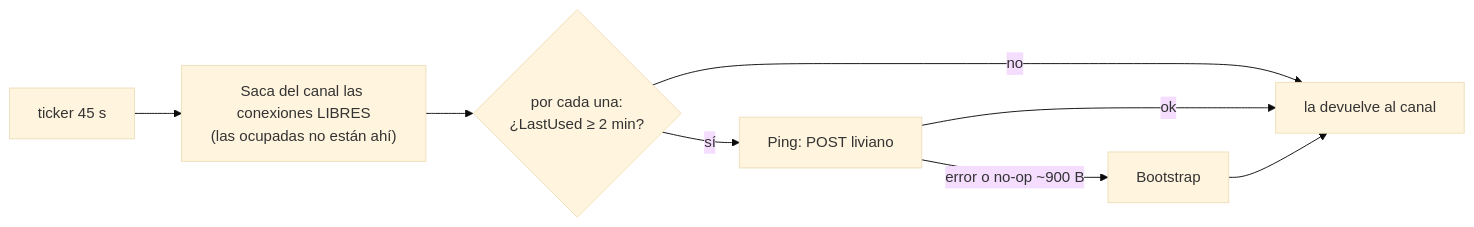
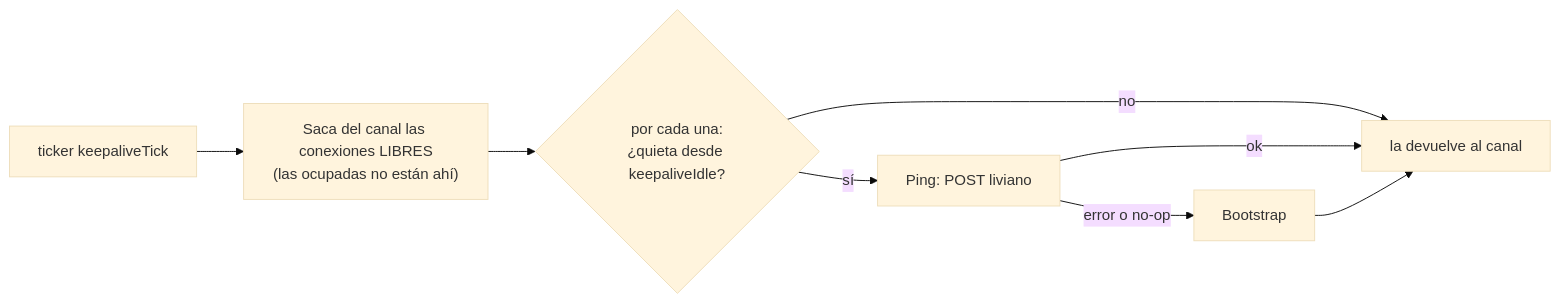
Diagram 16 of 20 in docs/diagram.md (gabotachak/sia-unal-bridge), drawn with Mermaid (base theme) before and after one commit. The commit also changed other lines of this file and 8 other files, not shown here.

````diff
--- a/docs/diagram.md
+++ b/docs/diagram.md
@@ -642,9 +650,9 @@
 ```mermaid
 flowchart LR
-    t["ticker 45 s"] --> drain["Saca del canal las conexiones LIBRES<br/>(las ocupadas no están ahí)"]
-    drain --> each{"por cada una:<br/>¿LastUsed ≥ 2 min?"}
+    t["ticker keepaliveTick"] --> drain["Saca del canal las conexiones LIBRES<br/>(las ocupadas no están ahí)"]
+    drain --> each{"por cada una:<br/>¿quieta desde keepaliveIdle?"}
     each -- no --> back["la devuelve al canal"]
     each -- sí --> ping["Ping: POST liviano"]
     ping -- ok --> back
-    ping -- "error o no-op ~900 B" --> boot["Bootstrap"] --> back
+    ping -- "error o no-op" --> boot["Bootstrap"] --> back
 ```
````
